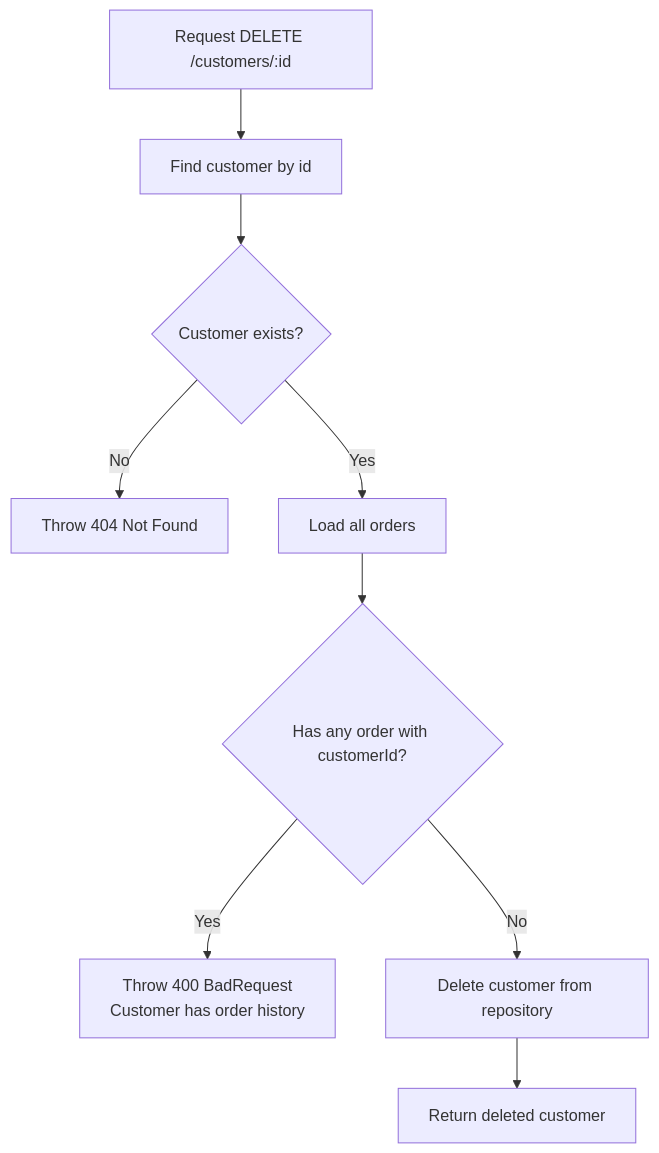
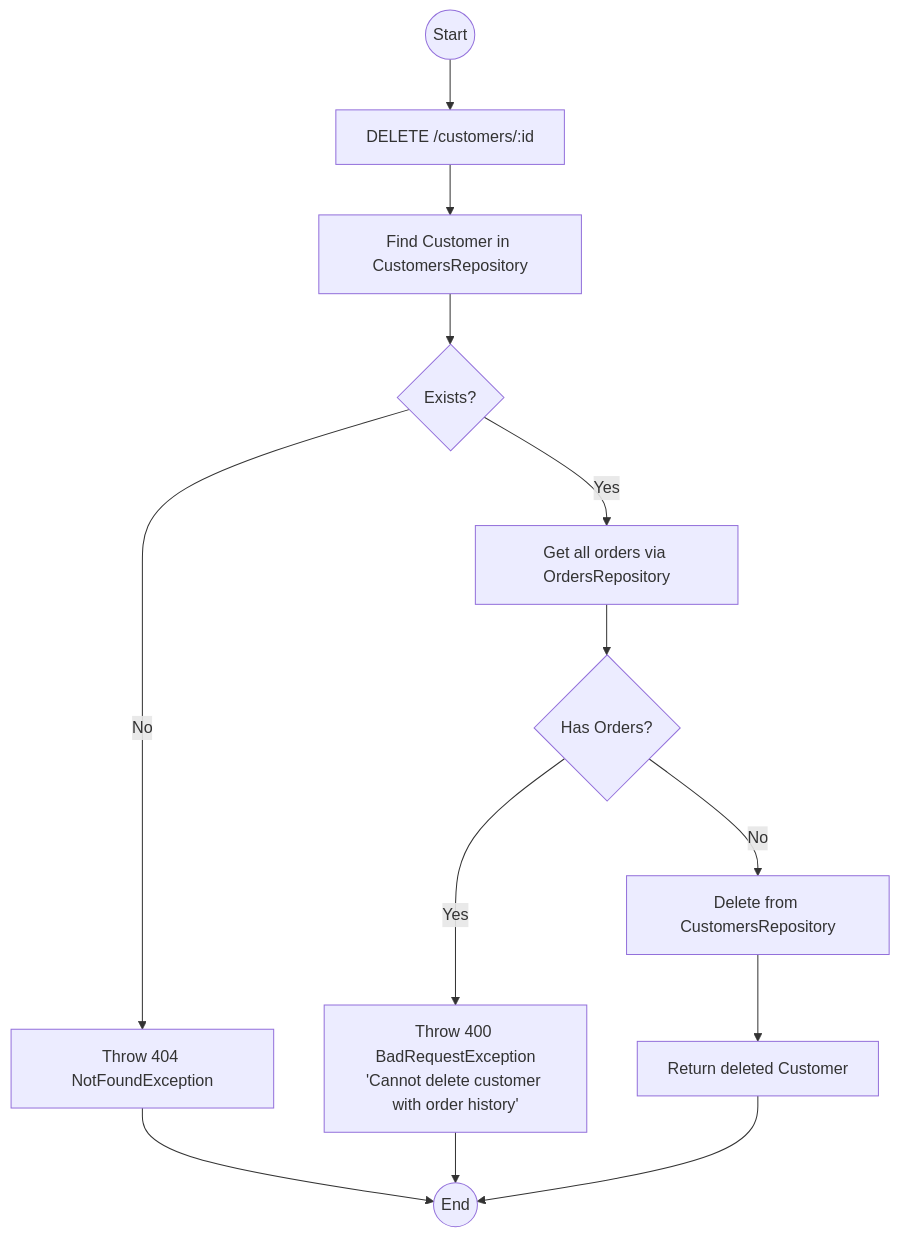
The sixth of 7 diagrams in docs/uml-diagrams.md (IkrtI/oop-typescript-final-project-2026), drawn with Mermaid before and after one commit. The commit also changed other lines of this file and 35 other files, not shown here.

````diff
--- a/docs/uml-diagrams.md
+++ b/docs/uml-diagrams.md
@@ -499,11 +358,15 @@
 ```mermaid
 flowchart TD
-    A[Request DELETE /customers/:id] --> B[Find customer by id]
-    B --> C{Customer exists?}
-    C -- No --> D[Throw 404 Not Found]
-    C -- Yes --> E[Load all orders]
-    E --> F{Has any order with customerId?}
-    F -- Yes --> G[Throw 400 BadRequest\nCustomer has order history]
-    F -- No --> H[Delete customer from repository]
-    H --> I[Return deleted customer]
+    Start((Start)) --> Req[DELETE /customers/:id]
+    Req --> Find[Find Customer in CustomersRepository]
+    Find --> Exists{Exists?}
+    Exists -- No --> Err404[Throw 404 NotFoundException]
+    Exists -- Yes --> CheckOrders[Get all orders via OrdersRepository]
+    CheckOrders --> HasOrders{Has Orders?}
+    HasOrders -- Yes --> Err400[Throw 400 BadRequestException\n'Cannot delete customer with order history']
+    HasOrders -- No --> Delete[Delete from CustomersRepository]
+    Delete --> Success[Return deleted Customer]
+    Err404 --> End((End))
+    Err400 --> End
+    Success --> End
 ```
````
